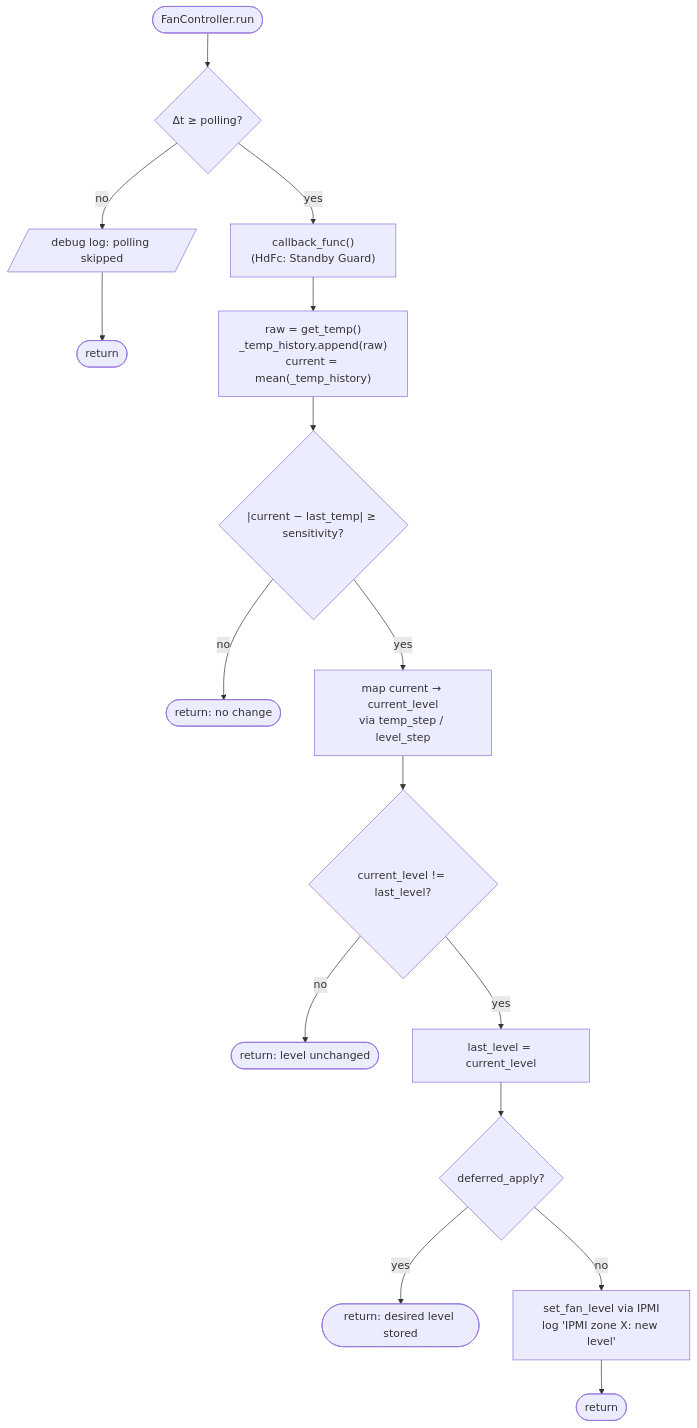
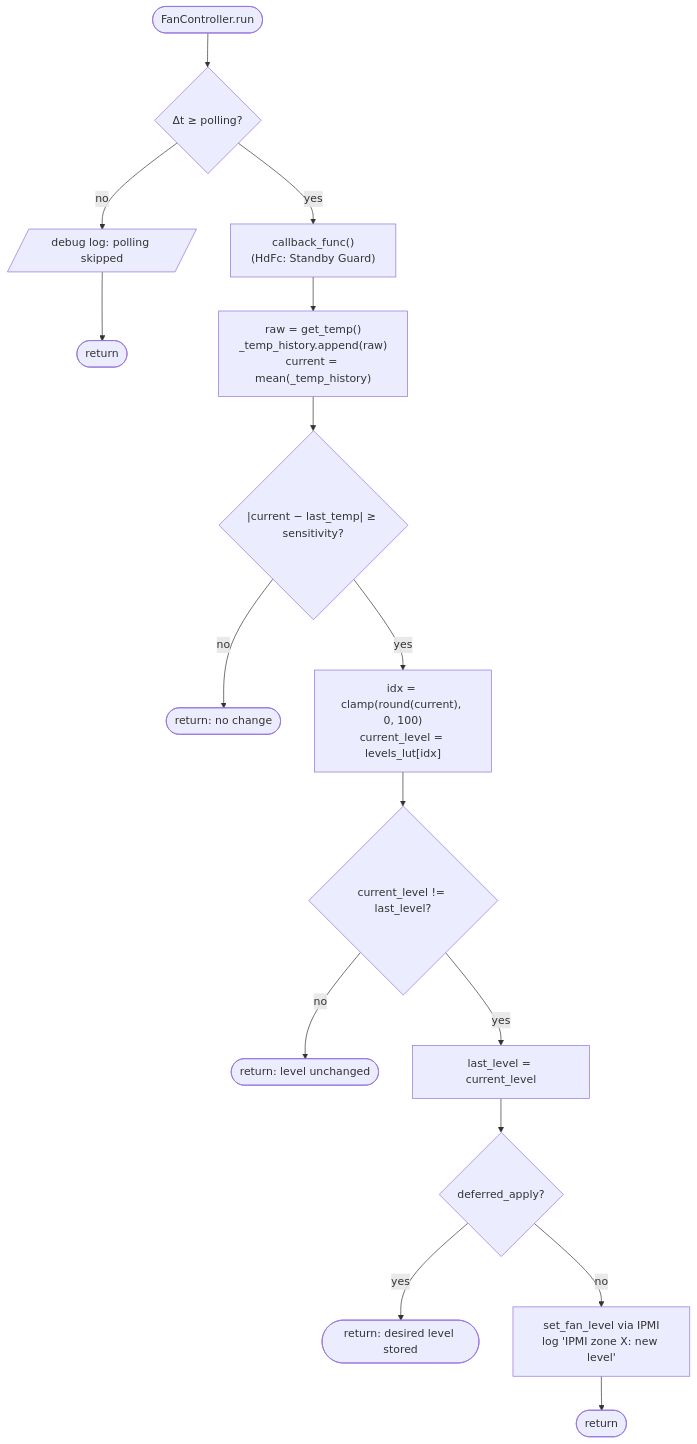
One commit to petersulyok/smfc changed the fourth of 8 diagrams in ARCHITECTURE.md. Above: the diagram before and after it, drawn with Mermaid. The commit also changed other lines of this file and 12 other files, not shown here.

````diff
--- a/ARCHITECTURE.md
+++ b/ARCHITECTURE.md
@@ -334,17 +356,17 @@
 ```mermaid
 flowchart TD
     Start([FanController.run]) --> A{Δt ≥ polling?}
     A -- no --> Z1[/debug log: polling skipped/] --> E1([return])
     A -- yes --> B["callback_func()<br/>(HdFc: Standby Guard)"]
     B --> C["raw = get_temp()<br/>_temp_history.append(raw)<br/>current = mean(_temp_history)"]
     C --> D{"|current − last_temp| ≥ sensitivity?"}
     D -- no --> E2([return: no change])
-    D -- yes --> F[map current → current_level<br/>via temp_step / level_step]
+    D -- yes --> F["idx = clamp(round(current), 0, 100)<br/>current_level = levels_lut[idx]"]
     F --> G{current_level != last_level?}
     G -- no --> E3([return: level unchanged])
     G -- yes --> H[last_level = current_level]
     H --> I{deferred_apply?}
     I -- yes --> E4([return: desired level stored])
     I -- no --> J["set_fan_level via IPMI<br/>log 'IPMI zone X: new level'"]
     J --> E5([return])
 ```
````
